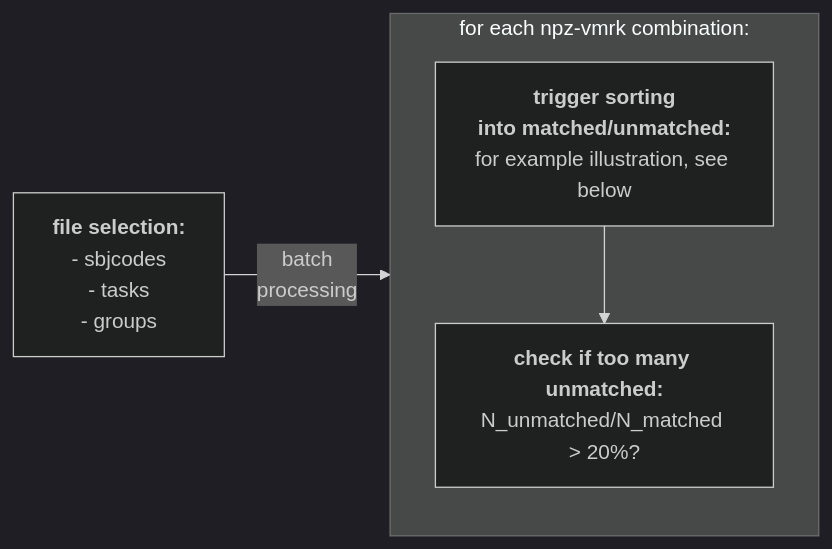
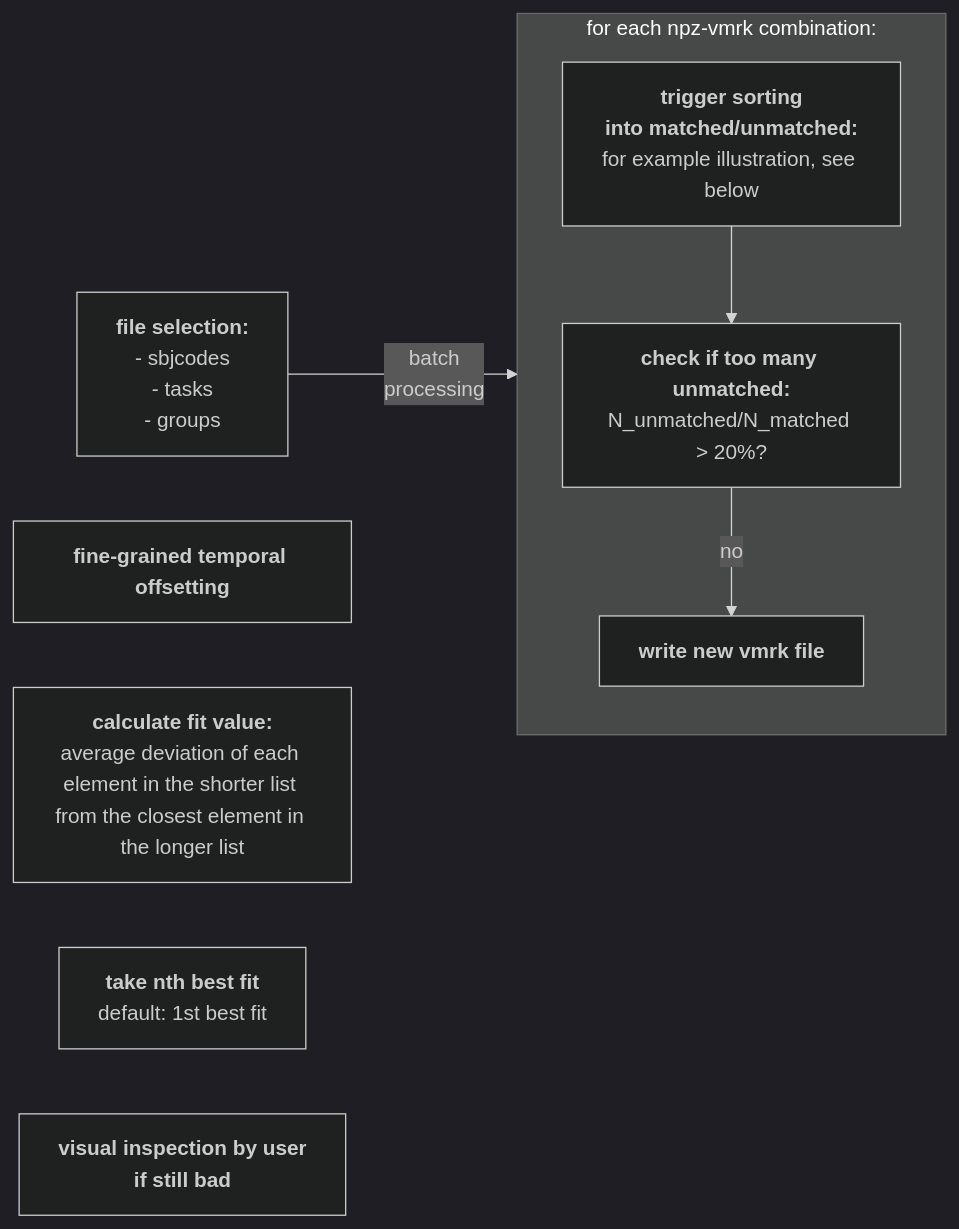
Before and after one commit to neuro-dream/Trigger-Fix: the diagram in README.md, drawn with Mermaid (dark theme).

````diff
--- a/README.md
+++ b/README.md
@@ -6,19 +6,25 @@
 ```mermaid
 
 %% (function: <a href='https://github.com/neurodream/Trigger-Fix/blob/main/trigfix/trigger_compare_functions.py#L92'>apply_fix</a>)
 
 graph LR;
     A["<b>file selection:</b><br>- sbjcodes<br> - tasks<br> - groups"]
     B["<b>trigger sorting<br>into matched/unmatched:</b><br>for example illustration, see below"]
     C["<b>check if too many unmatched:</b><br>N_unmatched/N_matched > 20%?"]
+    D["<b>fine-grained temporal offsetting</b>"]
+    E["<b>calculate fit value:</b><br>average deviation of each element in the shorter list <br>from the closest element in the longer list"]
+    F["<b>take nth best fit</b><br>default: 1st best fit"]
+    G["<b>write new vmrk file</b>"]
+    H["<b>visual inspection by user <br>if still bad</b>"]
 
 subgraph for_each_file_comb["for each npz-vmrk combination:"]
     direction TB
     B-->C;
+    C-->|no|G;
 end
 
     A--"batch <br>processing"-->for_each_file_comb;
     %% A-->C;
     %% B-->D;
     %% C-->D;
 ```
````
